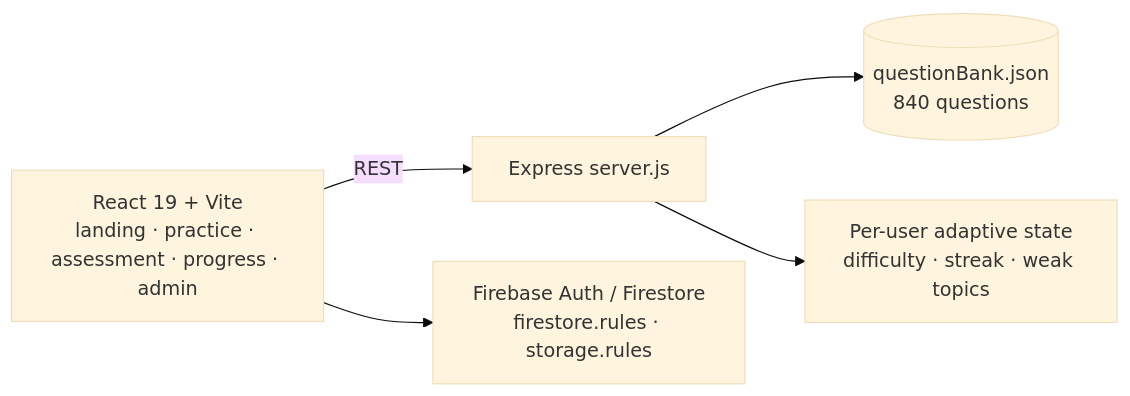
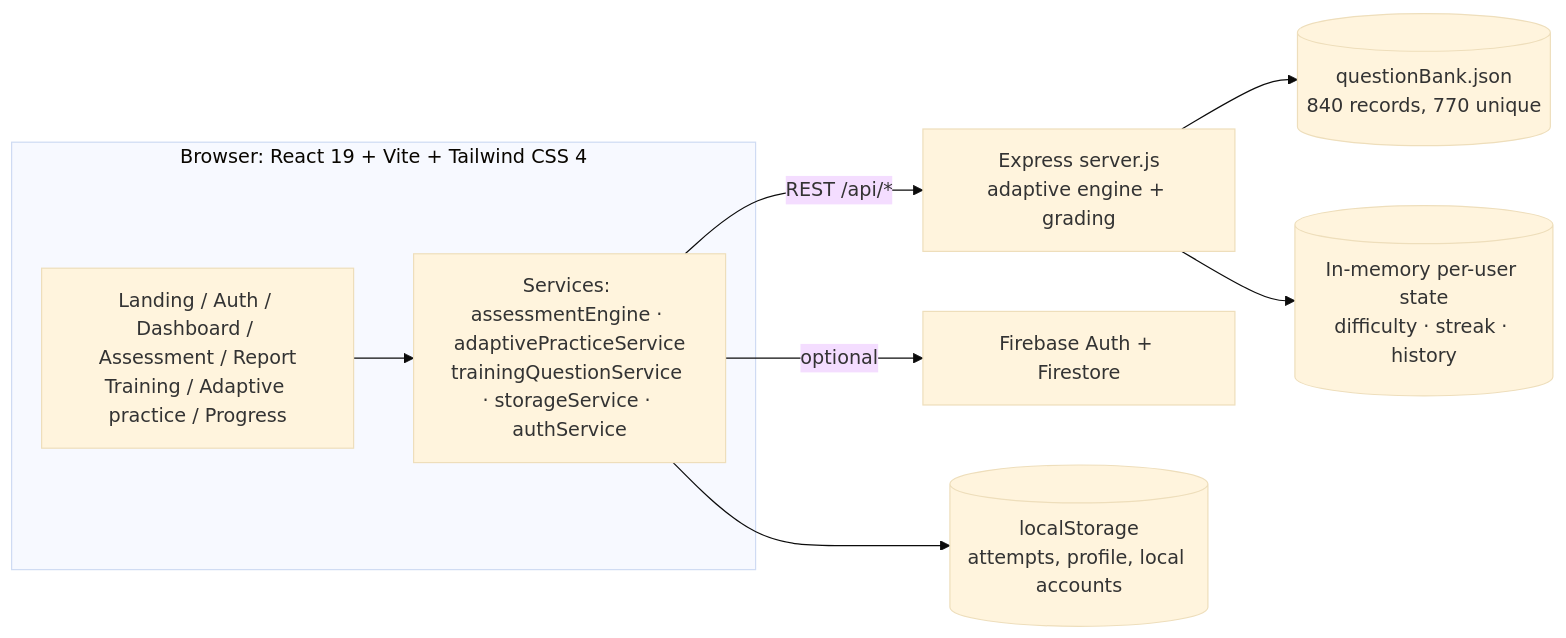
One commit to nvaltryek-001/AptIQ changed the second of 2 diagrams in README.md. Above: the diagram before and after it, drawn with Mermaid (base theme). The commit also changed other lines of this file and 20 other files, not shown here.

````diff
--- a/README.md
+++ b/README.md
@@ -37,7 +99,13 @@
 ```mermaid
 flowchart LR
-  UI[React 19 + Vite<br/>landing · practice · assessment · progress · admin] -->|REST| S[Express server.js]
-  S --> QB[(questionBank.json<br/>840 questions)]
-  S --> AS[Per-user adaptive state<br/>difficulty · streak · weak topics]
-  UI --> FB[Firebase Auth / Firestore<br/>firestore.rules · storage.rules]
+  subgraph Browser["Browser: React 19 + Vite + Tailwind CSS 4"]
+    UI[Landing / Auth / Dashboard / Assessment / Report<br/>Training / Adaptive practice / Progress]
+    SVC[Services: assessmentEngine · adaptivePracticeService<br/>trainingQuestionService · storageService · authService]
+    UI --> SVC
+  end
+  SVC -- "REST /api/*" --> API[Express server.js<br/>adaptive engine + grading]
+  API --> QB[(questionBank.json<br/>840 records, 770 unique)]
+  API --> MEM[(In-memory per-user state<br/>difficulty · streak · history)]
+  SVC -- "optional" --> FB[Firebase Auth + Firestore]
+  SVC --> LS[(localStorage<br/>attempts, profile, local accounts)]
 ```
````
